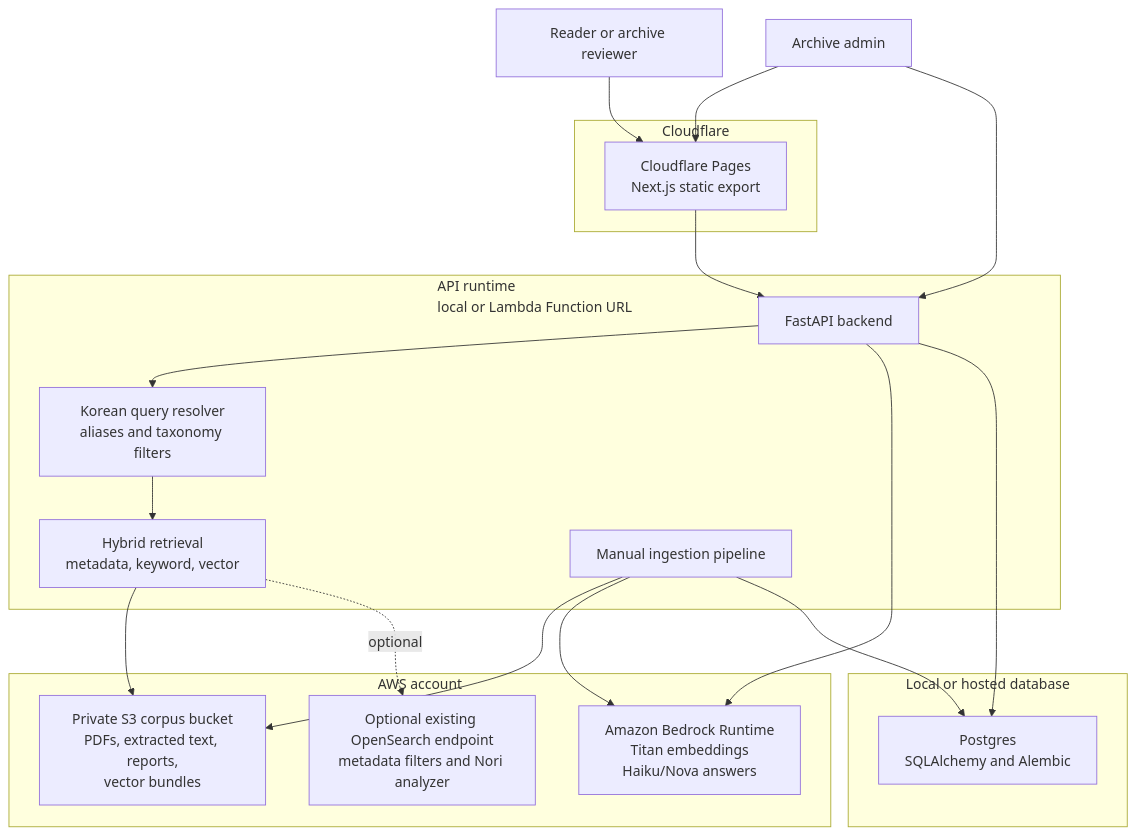
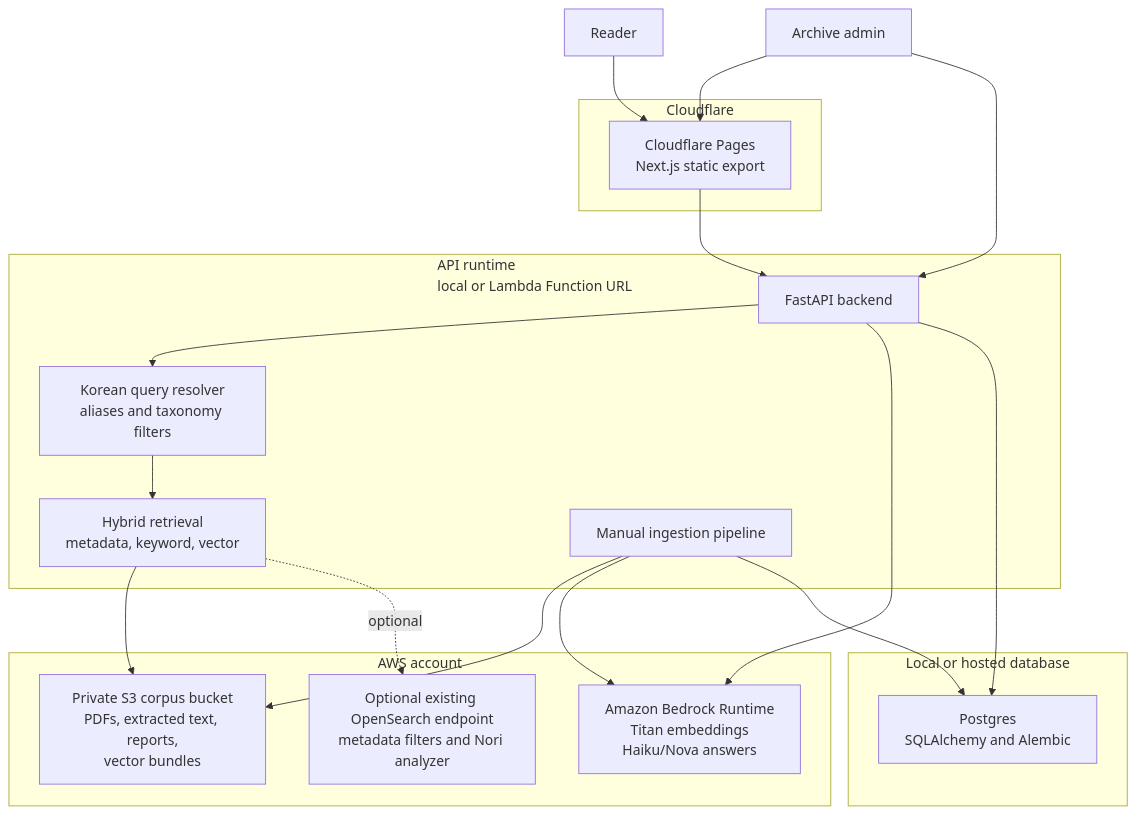
Before and after one commit to manynames3/health1004: the first of 4 diagrams in docs/architecture.md, drawn with Mermaid. The commit also changed other lines of this file and 9 other files, not shown here.

````diff
--- a/docs/architecture.md
+++ b/docs/architecture.md
@@ -7,40 +7,40 @@
 ```mermaid
 flowchart TB
-    User["Reader or archive reviewer"]
+    User["Reader"]
     Admin["Archive admin"]
 
     subgraph Edge["Cloudflare"]
         Pages["Cloudflare Pages\nNext.js static export"]
     end
 
     subgraph App["API runtime\nlocal or Lambda Function URL"]
         FastAPI["FastAPI backend"]
         Resolver["Korean query resolver\naliases and taxonomy filters"]
         Retriever["Hybrid retrieval\nmetadata, keyword, vector"]
         Ingestion["Manual ingestion pipeline"]
     end
 
     subgraph AWS["AWS account"]
         S3["Private S3 corpus bucket\nPDFs, extracted text, reports,\nvector bundles"]
         Bedrock["Amazon Bedrock Runtime\nTitan embeddings\nHaiku/Nova answers"]
         OpenSearch["Optional existing OpenSearch endpoint\nmetadata filters and Nori analyzer"]
     end
 
     subgraph Data["Local or hosted database"]
         Postgres["Postgres\nSQLAlchemy and Alembic"]
     end
 
     User --> Pages
     Pages --> FastAPI
     Admin --> Pages
     Admin --> FastAPI
     FastAPI --> Resolver
     Resolver --> Retriever
     Retriever --> S3
     Retriever -. optional .-> OpenSearch
     FastAPI --> Bedrock
     FastAPI --> Postgres
     Ingestion --> S3
     Ingestion --> Bedrock
     Ingestion --> Postgres
 ```
````
